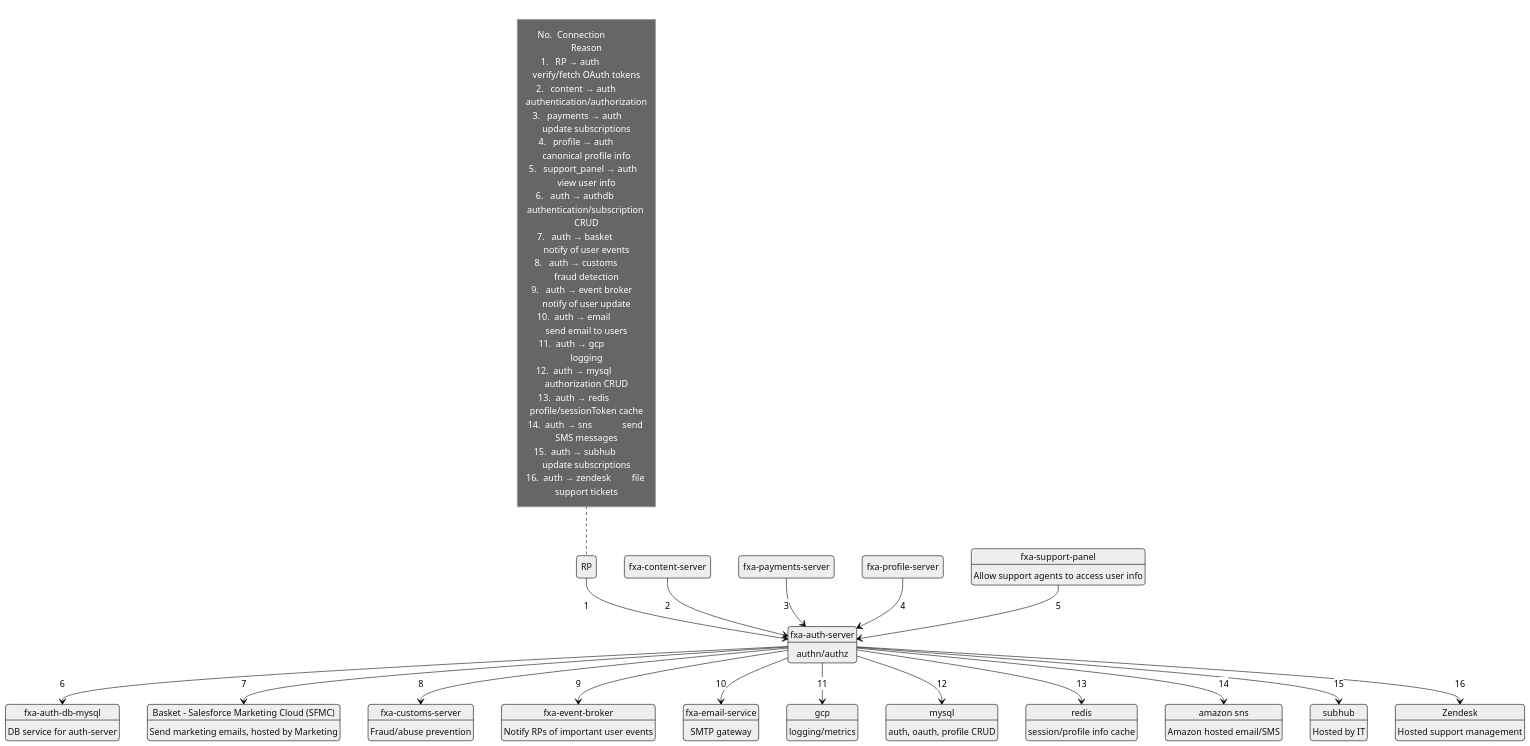
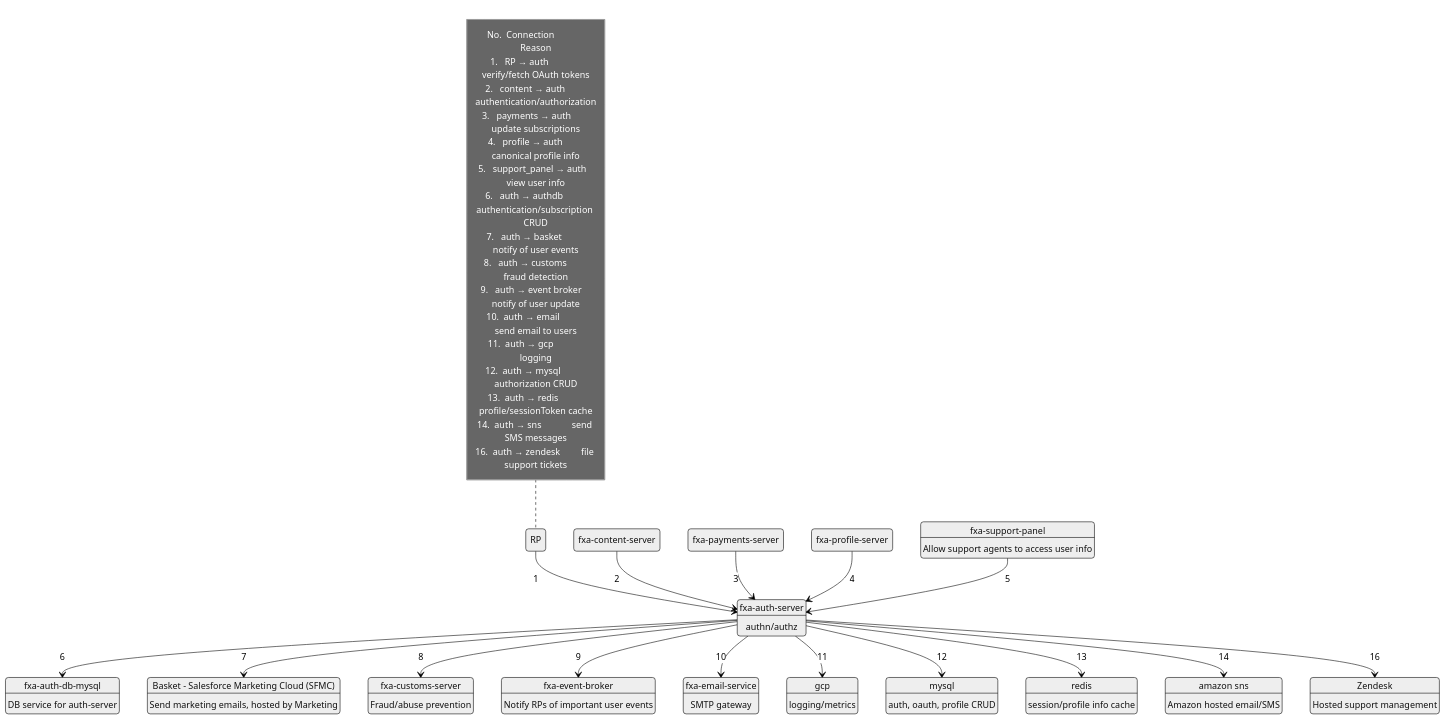
One commit to mozilla/ecosystem-platform changed the second of 8 diagrams in docs/reference/system-diagrams.md. Above: the diagram before and after it, drawn with Mermaid (neutral theme). The commit also changed other lines of this file, not shown here.

Commit message:
remove subhub

````diff
--- a/docs/reference/system-diagrams.md
+++ b/docs/reference/system-diagrams.md
@@ -86,59 +79,56 @@
 ```mermaid
 stateDiagram
   state "RP" as RP
   state "amazon sns" as sns: Amazon hosted email/SMS
   state "Basket - Salesforce Marketing Cloud (SFMC)" as basket: Send marketing emails, hosted by Marketing
   state "fxa-auth-db-mysql" as authdb: DB service for auth-server
   state "fxa-auth-server" as auth: authn/authz
   state "fxa-content-server" as content
   state "fxa-customs-server" as customs: Fraud/abuse prevention
   state "fxa-email-service" as email: SMTP gateway
   state "fxa-event-broker" as eb: Notify RPs of important user events
   state "fxa-payments-server" as payments
   state "fxa-profile-server" as profile
   state "fxa-support-panel" as support_panel: Allow support agents to access user info
   state "gcp" as gcp: logging/metrics
   state "mysql" as mysql: auth, oauth, profile CRUD
   state "redis" as redis: session/profile info cache
-  state "subhub" as subhub: Hosted by IT
   state "Zendesk" as zendesk: Hosted support management
 
   RP-->auth : 1
   content-->auth : 2
   payments-->auth : 3
   profile-->auth : 4
   support_panel-->auth : 5
   auth-->authdb : 6
   auth-->basket : 7
   auth-->customs : 8
   auth-->eb : 9
   auth-->email : 10
   auth-->gcp : 11
   auth-->mysql : 12
   auth-->redis : 13
   auth-->sns : 14
-  auth-->subhub : 15
   auth-->zendesk : 16
 
   note left of RP
 No.  Connection             Reason
 1.   RP &rarr; auth              verify/fetch OAuth tokens
 2.   content &rarr; auth         authentication/authorization
 3.   payments &rarr; auth        update subscriptions
 4.   profile &rarr; auth         canonical profile info
 5.   support_panel &rarr; auth   view user info
 6.   auth &rarr; authdb          authentication/subscription CRUD
 7.   auth &rarr; basket          notify of user events
 8.   auth &rarr; customs         fraud detection
 9.   auth &rarr; event broker    notify of user update
 10.  auth &rarr; email           send email to users
 11.  auth &rarr; gcp             logging
 12.  auth &rarr; mysql           authorization CRUD
 13.  auth &rarr; redis           profile/sessionToken cache
 14.  auth &rarr; sns             send SMS messages
-15.  auth &rarr; subhub          update subscriptions
 16.  auth &rarr; zendesk         file support tickets
 
   end note
 
 ```
````
